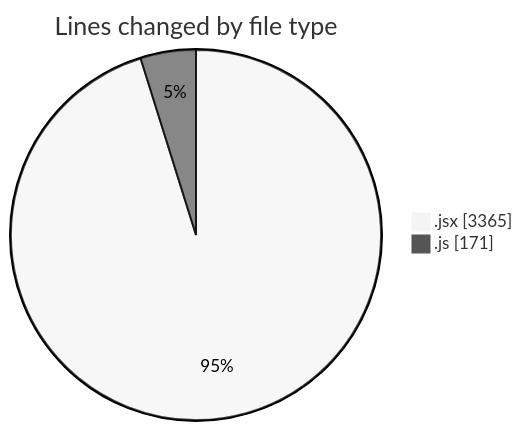
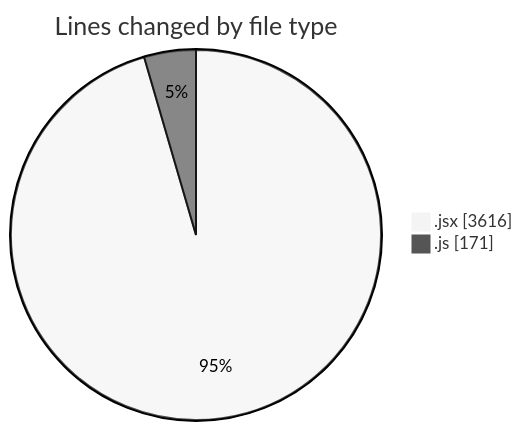
Before and after one commit to nxtqubesakshisongat/code-tracking: the first of 2 diagrams in 2025-07-09/argos/README.md, drawn with Mermaid (neutral theme). The commit also changed other lines of this file and 1 other file, not shown here.

````diff
--- a/2025-07-09/argos/README.md
+++ b/2025-07-09/argos/README.md
@@ -24,6 +24,6 @@
 ```mermaid
 pie showData
 title Lines changed by file type
-".jsx" : 3365
+".jsx" : 3616
 ".js" : 171
 ```
````
